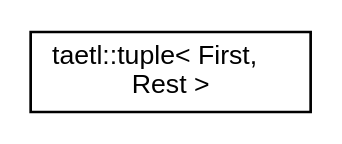
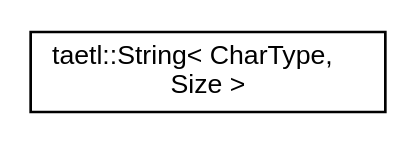
The diagram in inherit_graph_18.dot (tobanteAudio/taetl), drawn with Graphviz before and after one commit. The commit also changed 53 other files, not shown here.

```diff
--- a/inherit_graph_18.dot
+++ b/inherit_graph_18.dot
@@ -1,7 +1,7 @@
 digraph "Graphical Class Hierarchy"
 {
   edge [fontname="Helvetica",fontsize="10",labelfontname="Helvetica",labelfontsize="10"];
   node [fontname="Helvetica",fontsize="10",shape=record];
   rankdir="LR";
-  Node0 [label="taetl::tuple\< First,\l Rest \>",height=0.2,width=0.4,color="black", fillcolor="white", style="filled",URL="$structtaetl_1_1tuple.html",tooltip="Namespace for the taetl library. "];
+  Node0 [label="taetl::String\< CharType,\l Size \>",height=0.2,width=0.4,color="black", fillcolor="white", style="filled",URL="$classtaetl_1_1String.html",tooltip="String class with fixed size capacity. "];
 }
```
